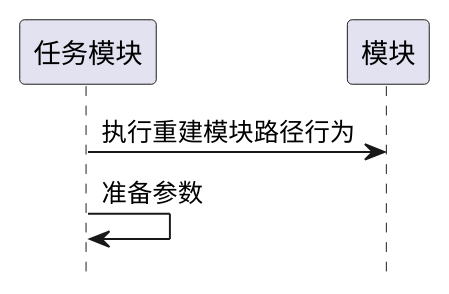
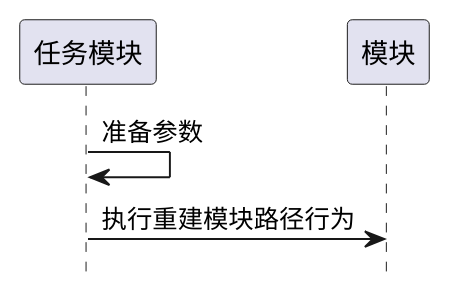
The second of 3 diagrams in ibizpms-docs/src/main/doc/v1/module/ibiz/ProjectModule_old.md (zj335841911/nt_chandao), drawn with PlantUML before and after one commit. The commit also changed other lines of this file and 2125 other files, not shown here.

```diff
--- a/ibizpms-docs/src/main/doc/v1/module/ibiz/ProjectModule_old.md
+++ b/ibizpms-docs/src/main/doc/v1/module/ibiz/ProjectModule_old.md
@@ -80,6 +80,6 @@
 {% plantuml %}
 hide footbox
 
+任务模块 -> 任务模块: 准备参数
 任务模块 -> 模块: 执行重建模块路径行为
-任务模块 -> 任务模块: 准备参数
 {% endplantuml %}
```
